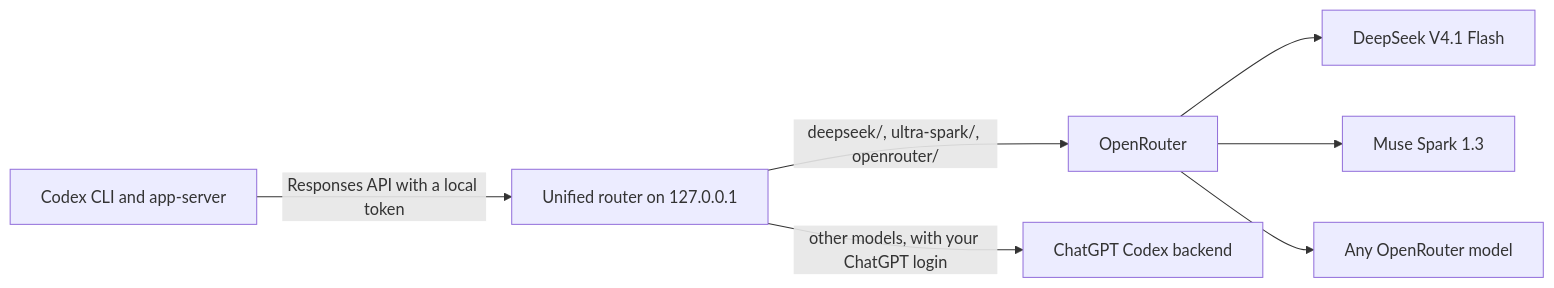
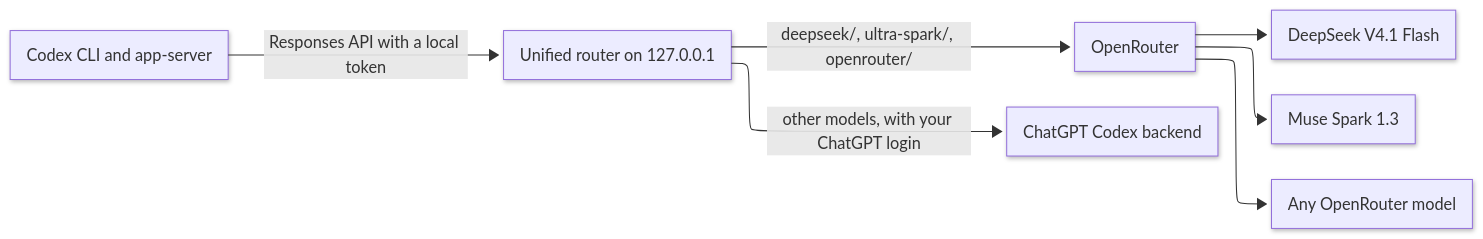
The diagram in README.md (mirzahusadzic/codex-unified-model-router), drawn with Mermaid before and after one commit. The commit also changed other lines of this file and 10 other files, not shown here.

````diff
--- a/README.md
+++ b/README.md
@@ -20,9 +21,14 @@
 ```mermaid
+---
+config:
+  look: neo
+  layout: elk
+---
 flowchart LR
     codex["Codex CLI and app-server"] -->|"Responses API with a local token"| router["Unified router on 127.0.0.1"]
     router -->|"deepseek/, ultra-spark/, openrouter/"| openrouter["OpenRouter"]
     router -->|"other models, with your ChatGPT login"| openai["ChatGPT Codex backend"]
     openrouter --> deepseek["DeepSeek V4.1 Flash"]
     openrouter --> muse["Muse Spark 1.3"]
     openrouter --> more["Any OpenRouter model"]
 ```
````
